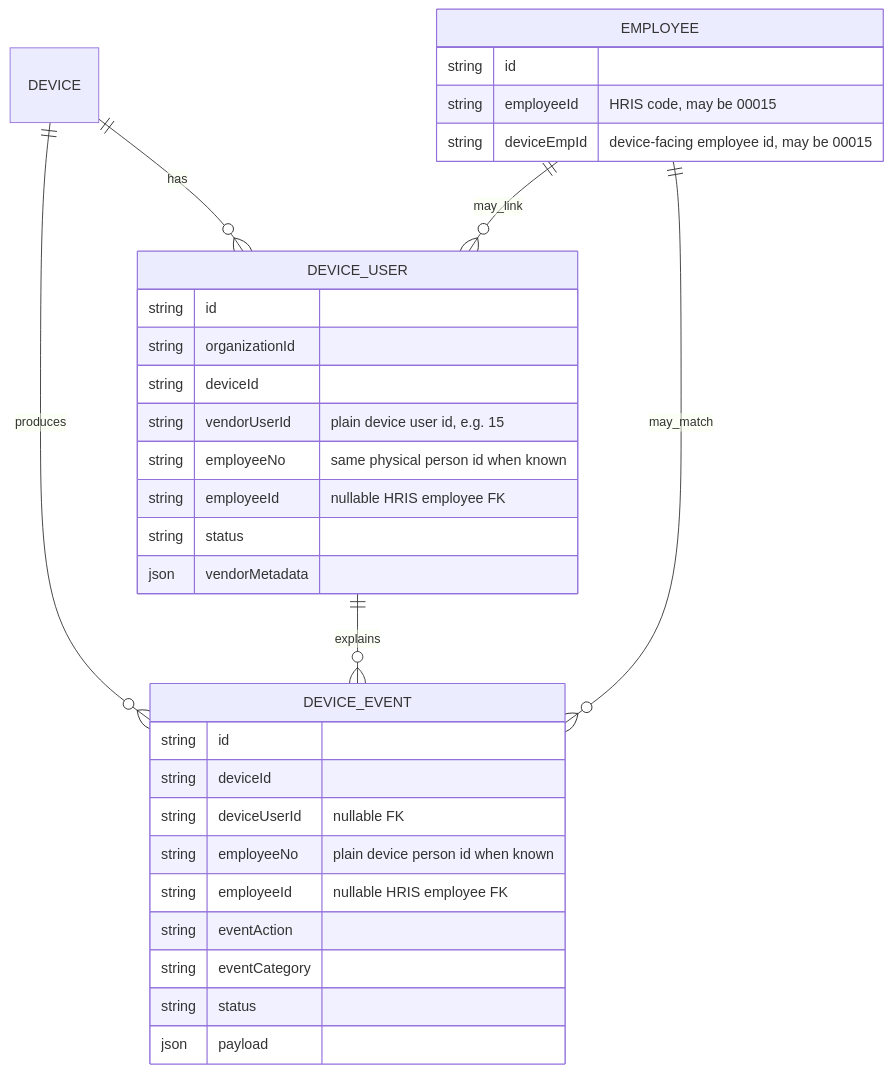
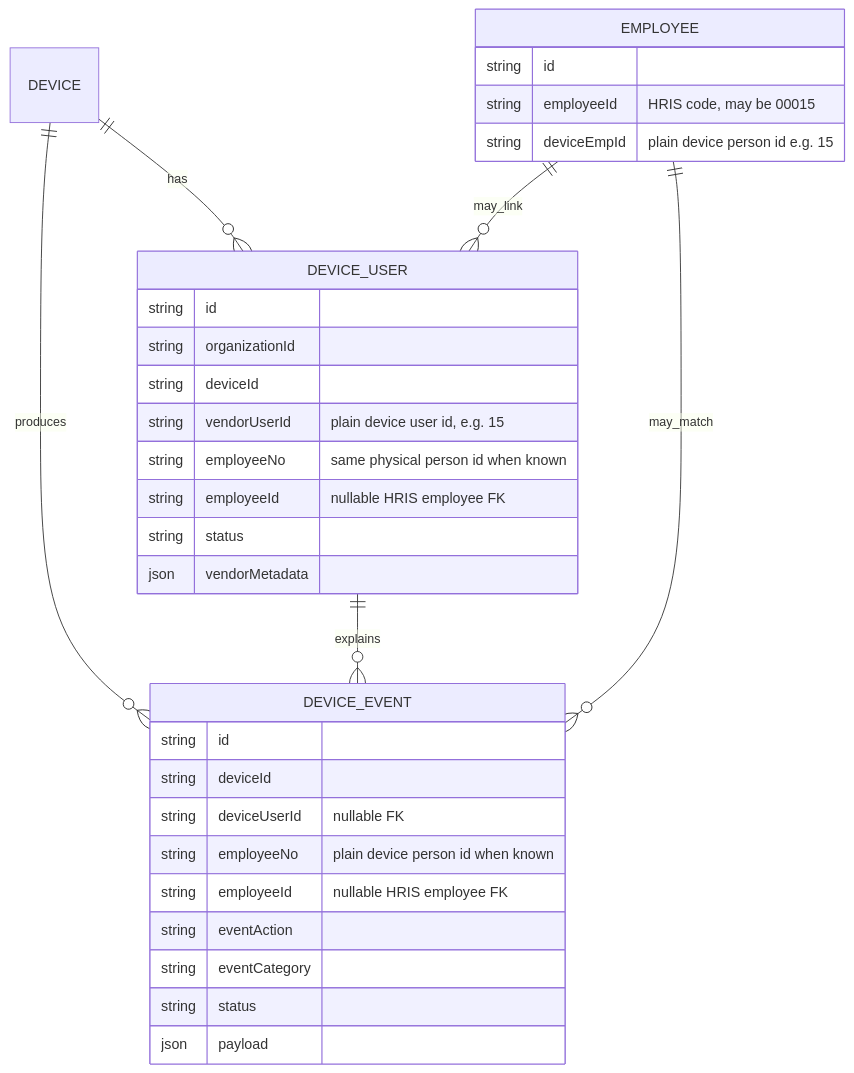
The third of 3 diagrams in docs/HIKVISION_ENROLLMENT_IDENTITY_FLOW.md (bnpimanufacturingsolution/bandai-infra-bnpi-pats), drawn with Mermaid before and after one commit. The commit also changed other lines of this file and 6 other files, not shown here.

First line of the commit message:
fix(docs): deviceEmpId is plain 15, not padded 00015

````diff
--- a/docs/HIKVISION_ENROLLMENT_IDENTITY_FLOW.md
+++ b/docs/HIKVISION_ENROLLMENT_IDENTITY_FLOW.md
@@ -495,34 +472,34 @@
 ```mermaid
 erDiagram
   DEVICE ||--o{ DEVICE_USER : has
   DEVICE ||--o{ DEVICE_EVENT : produces
   DEVICE_USER ||--o{ DEVICE_EVENT : explains
   EMPLOYEE ||--o{ DEVICE_USER : may_link
   EMPLOYEE ||--o{ DEVICE_EVENT : may_match
   DEVICE_USER {
     string id
     string organizationId
     string deviceId
     string vendorUserId "plain device user id, e.g. 15"
     string employeeNo "same physical person id when known"
     string employeeId "nullable HRIS employee FK"
     string status
     json vendorMetadata
   }
   DEVICE_EVENT {
     string id
     string deviceId
     string deviceUserId "nullable FK"
     string employeeNo "plain device person id when known"
     string employeeId "nullable HRIS employee FK"
     string eventAction
     string eventCategory
     string status
     json payload
   }
   EMPLOYEE {
     string id
     string employeeId "HRIS code, may be 00015"
-    string deviceEmpId "device-facing employee id, may be 00015"
+    string deviceEmpId "plain device person id e.g. 15"
   }
 ```
````
